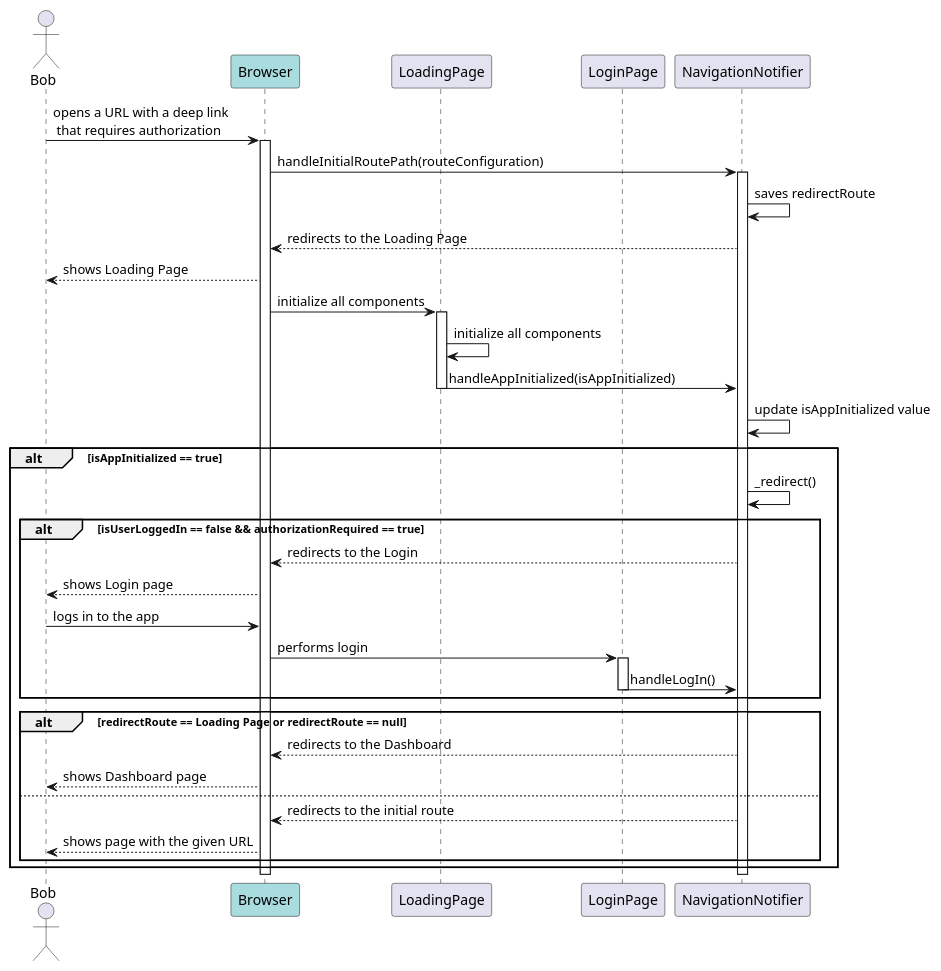
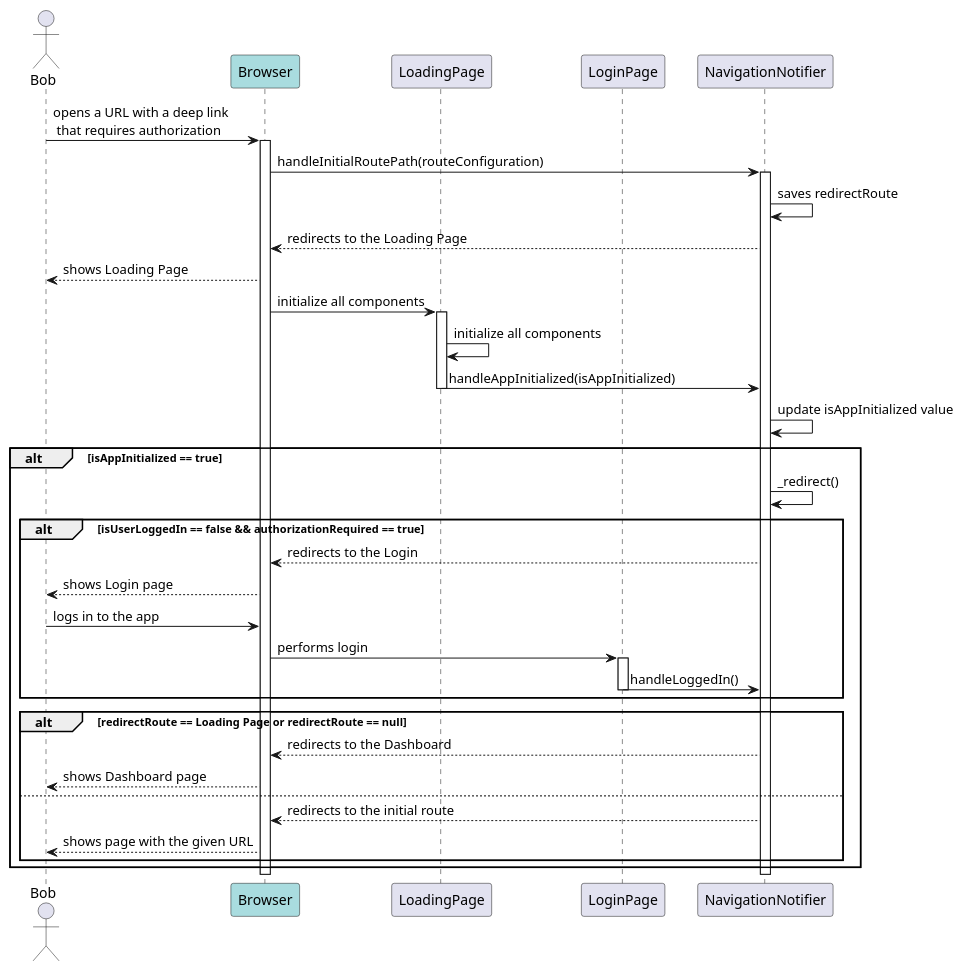
Before and after one commit to Flank/flank-dashboard: the diagram in metrics/web/docs/features/deep_links/diagrams/deep_links_and_authorization_sequence_diagram.puml, drawn with PlantUML.

Commit message:
Fix diagram name

```diff
--- a/metrics/web/docs/features/deep_links/diagrams/deep_links_and_authorization_sequence_diagram.puml
+++ b/metrics/web/docs/features/deep_links/diagrams/deep_links_and_authorization_sequence_diagram.puml
@@ -1,59 +1,59 @@
-@startuml not_initialized_app_navigation_sequence_diagram.puml
+@startuml deep_links_and_authorization_sequence_diagram
 
 actor Bob
 
 participant Browser #A9DCDF
 participant LoadingPage
 participant LoginPage
 participant NavigationNotifier
 
 Bob -> Browser : opens a URL with a deep link \n that requires authorization
 activate Browser
 
 Browser -> NavigationNotifier : handleInitialRoutePath(routeConfiguration)
 activate NavigationNotifier
 
 NavigationNotifier -> NavigationNotifier : saves redirectRoute
 
 NavigationNotifier --> Browser : redirects to the Loading Page
 
 Browser --> Bob : shows Loading Page
 
 Browser -> LoadingPage : initialize all components
 
 activate LoadingPage
 
 LoadingPage -> LoadingPage : initialize all components
 
 LoadingPage -> NavigationNotifier : handleAppInitialized(isAppInitialized)
 
 deactivate LoadingPage
 
 NavigationNotifier -> NavigationNotifier : update isAppInitialized value
 
 alt isAppInitialized == true
     NavigationNotifier -> NavigationNotifier : _redirect()
 
     alt isUserLoggedIn == false && authorizationRequired == true
         NavigationNotifier --> Browser : redirects to the Login
         Browser --> Bob : shows Login page
         Bob -> Browser : logs in to the app
         Browser -> LoginPage : performs login
         activate LoginPage
-        LoginPage -> NavigationNotifier : handleLogIn()
+        LoginPage -> NavigationNotifier : handleLoggedIn()
         deactivate LoginPage
     end
 
     alt redirectRoute == Loading Page or redirectRoute == null
         NavigationNotifier --> Browser : redirects to the Dashboard
         Browser --> Bob : shows Dashboard page
     else
         NavigationNotifier --> Browser : redirects to the initial route
         Browser --> Bob : shows page with the given URL
     end
 end
 
 deactivate NavigationNotifier
 deactivate Browser
 
 @enduml
```
